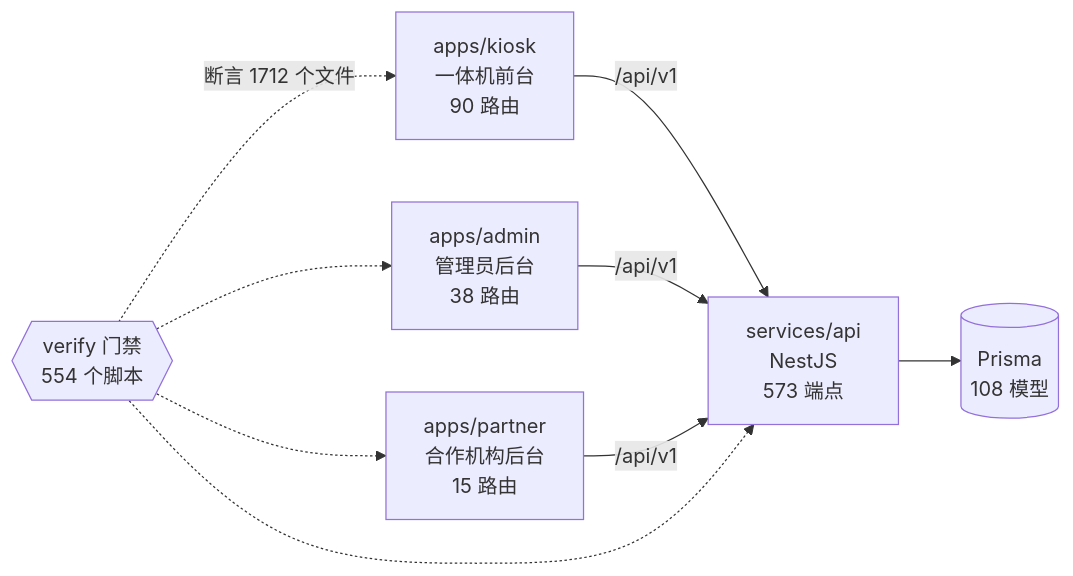
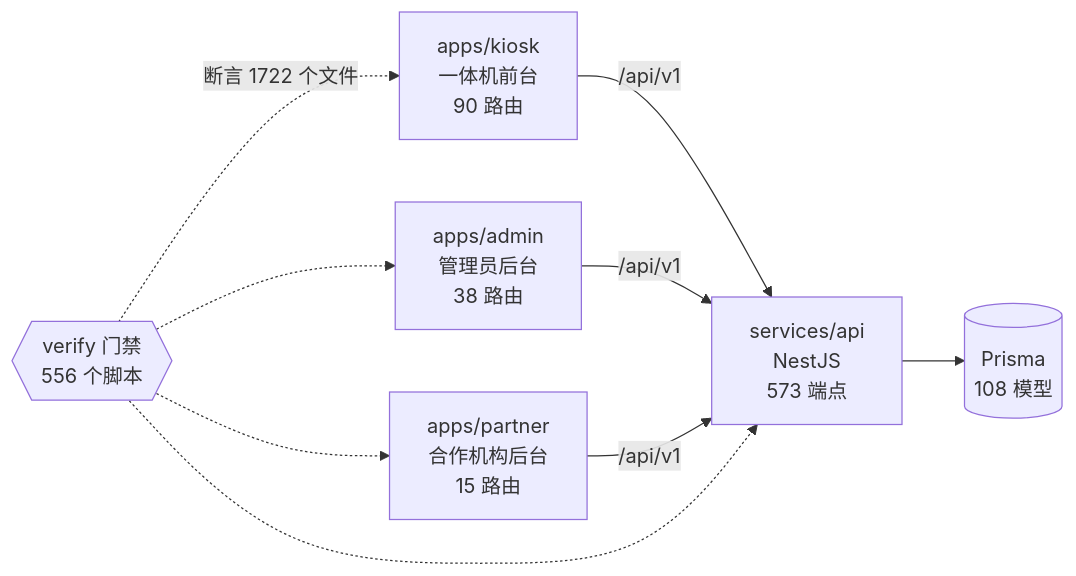
One commit to wanglei581/YITIJI changed the diagram in docs/graph/README.md. Above: the diagram before and after it, drawn with Mermaid. The commit also changed other lines of this file and 2 other files, not shown here.

Commit message:
chore(graph): 后台三个与打印链第二轮合入后重生项目图谱

````diff
--- a/docs/graph/README.md
+++ b/docs/graph/README.md
@@ -68,18 +68,18 @@
 ```mermaid
 flowchart LR
   kiosk["apps/kiosk<br/>一体机前台<br/>90 路由"]
   admin["apps/admin<br/>管理员后台<br/>38 路由"]
   partner["apps/partner<br/>合作机构后台<br/>15 路由"]
   api["services/api<br/>NestJS<br/>573 端点"]
   db[("Prisma<br/>108 模型")]
-  gates{{"verify 门禁<br/>554 个脚本"}}
+  gates{{"verify 门禁<br/>556 个脚本"}}
 
   kiosk -->|"/api/v1"| api
   admin -->|"/api/v1"| api
   partner -->|"/api/v1"| api
   api --> db
-  gates -.->|"断言 1712 个文件"| kiosk
+  gates -.->|"断言 1722 个文件"| kiosk
   gates -.-> admin
   gates -.-> partner
   gates -.-> api
 ```
````
